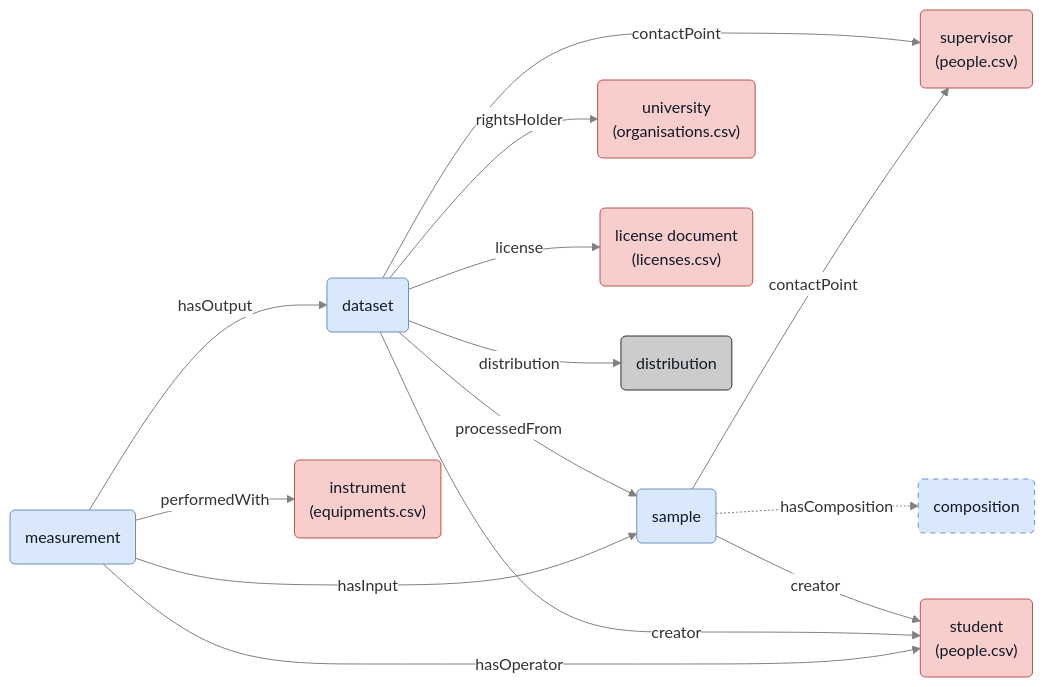
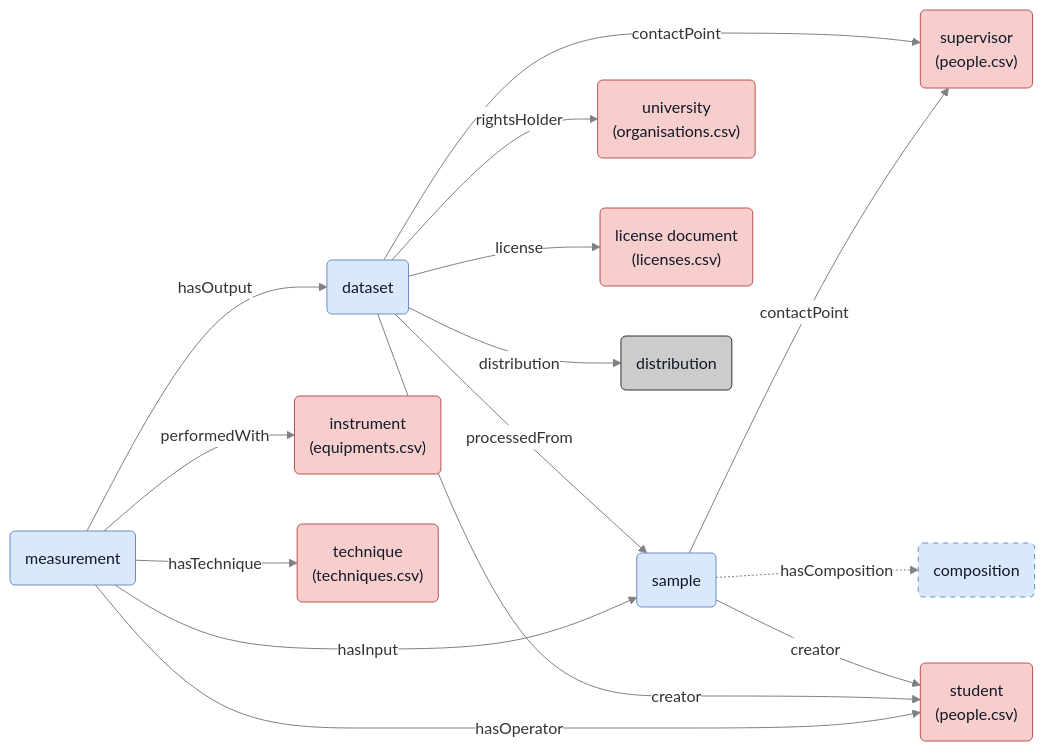
The diagram in docs/treeweaver2.md (SINTEF/physmet-data-documentation-templates), drawn with Mermaid before and after one commit. The commit also changed 1 other file, not shown here.

Commit message:
Added techniques.csv file

````diff
--- a/docs/treeweaver2.md
+++ b/docs/treeweaver2.md
@@ -196,35 +196,37 @@
 ```mermaid
 ---
 config:
   theme: base
   themeVariables:
     background: '#ffffff'
     edgeLabelBackground: '#ffffff'
     lineColor: '#808080'
 ---
 flowchart LR
   classDef default fill:#f8cecc,stroke:#b85450,color:#111827;
   classDef blueBox fill:#dae8fc,stroke:#6c8ebf,color:#111827;
   classDef lightBlueBox fill:#dae8fc,stroke:#6c8ebf,color:#111827,stroke-dasharray: 5 5;
   classDef grayBox fill:#ccc,stroke:#333,color:#111827;
 
   D(dataset):::blueBox -- contactPoint --> CP("supervisor<br>(people.csv)")
   S(sample):::blueBox -- contactPoint --> CP
   S -. hasComposition .-> C("composition"):::lightBlueBox
   S -- creator --> ST("student<br>(people.csv)")
   D -- rightsHolder --> RH("university<br>(organisations.csv)")
   D -- license --> LD("license document<br>(licenses.csv)")
   D -- creator --> ST
   D -- processedFrom --> S
   D -- distribution --> DI(distribution):::grayBox
   M(measurement):::blueBox -- hasInput --> S
   M -- hasOutput --> D
   M -- performedWith --> EQ("instrument<br>(equipments.csv)")
   M -- hasOperator --> ST
+  M -- hasTechnique --> TC("technique<br>(techniques.csv)")
 
   click CP "../templates/people.csv" "template"
   click ST "../templates/people.csv" "template"
   click RH "../templates/organisations.csv" "template"
   click LD "../templates/licenses.csv" "template"
   click EQ "../templates/equipments.csv" "template"
+  click TC "../templates/techniques.csv" "template"
 ```
````
